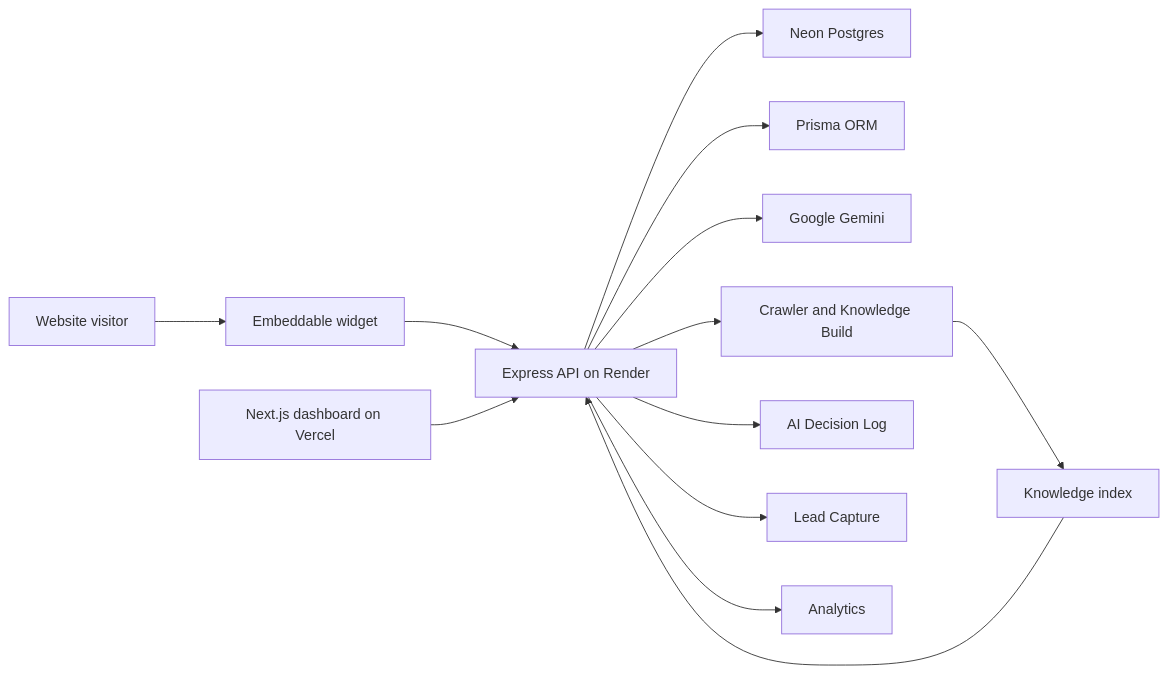
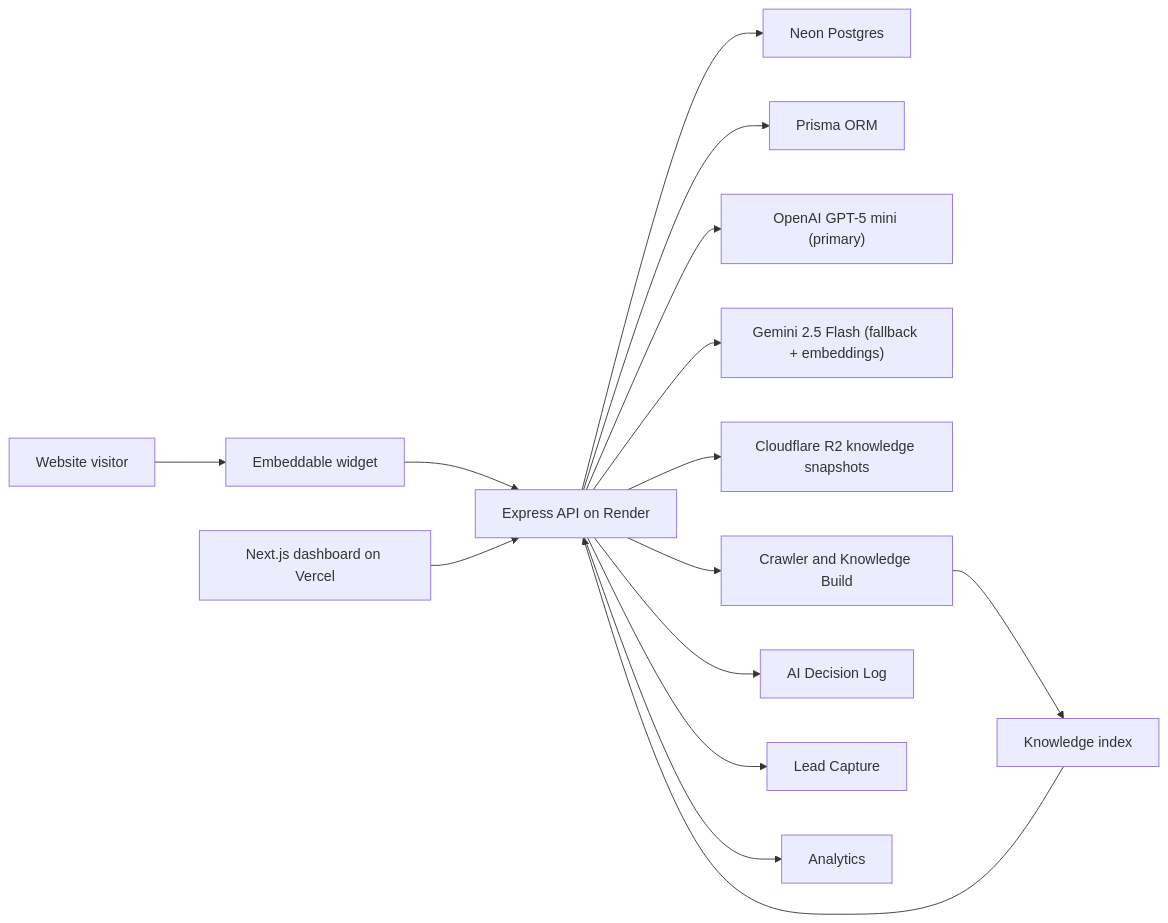
The diagram in README.md (Anish2170/Ai-Revenue-Employee), drawn with Mermaid before and after one commit. The commit also changed other lines of this file and 90 other files, not shown here.

````diff
--- a/README.md
+++ b/README.md
@@ -22,15 +22,17 @@
 ```mermaid
 flowchart LR
   visitor["Website visitor"] --> widget["Embeddable widget"]
   widget --> backend["Express API on Render"]
   dashboard["Next.js dashboard on Vercel"] --> backend
   backend --> db["Neon Postgres"]
   backend --> prisma["Prisma ORM"]
-  backend --> gemini["Google Gemini"]
+  backend --> openai["OpenAI GPT-5 mini (primary)"]
+  backend --> gemini["Gemini 2.5 Flash (fallback + embeddings)"]
+  backend --> r2["Cloudflare R2 knowledge snapshots"]
   backend --> crawler["Crawler and Knowledge Build"]
   crawler --> knowledge["Knowledge index"]
   knowledge --> backend
   backend --> decisions["AI Decision Log"]
   backend --> leads["Lead Capture"]
   backend --> analytics["Analytics"]
 ```
````
